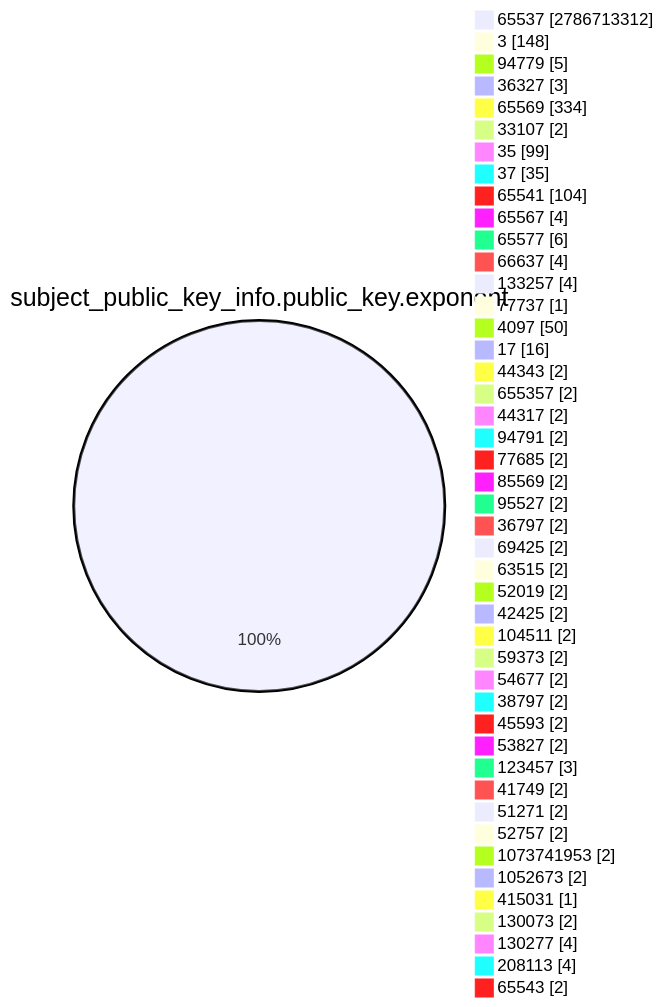
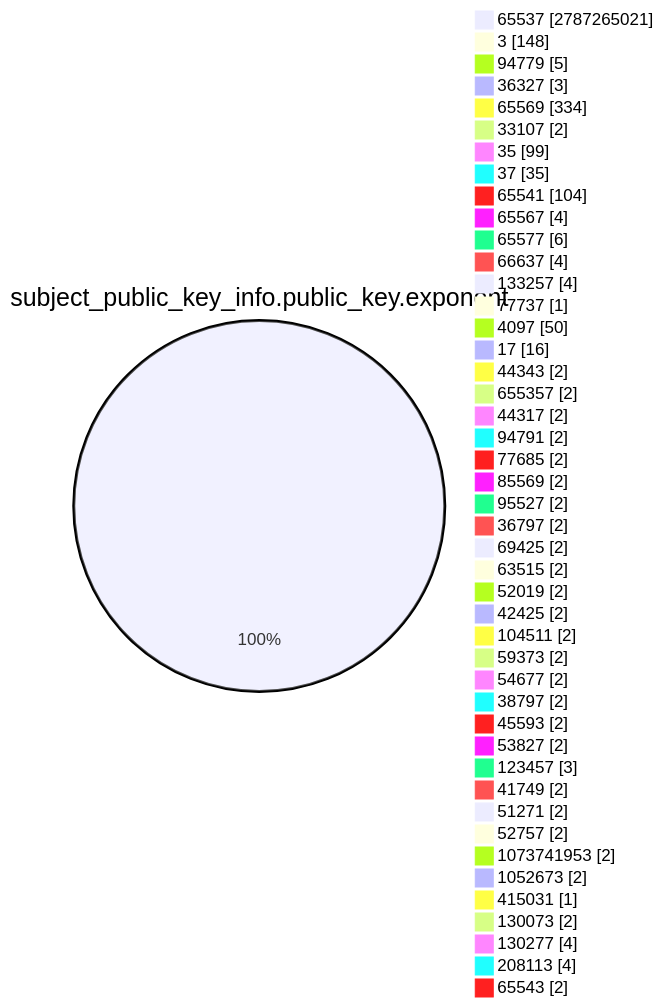
One commit to christiankrug/ctmonitor_visualization changed the fourth of 15 diagrams in TOTAL/README.md. Above: the diagram before and after it, drawn with Mermaid. The commit also changed other lines of this file, not shown here.

````diff
--- a/TOTAL/README.md
+++ b/TOTAL/README.md
@@ -1467,49 +1467,49 @@
 ```mermaid
 pie showData
 title subject_public_key_info.public_key.exponent
-"65537" :2786713312
+"65537" :2787265021
 "3" :148
 "94779" :5
 "36327" :3
 "65569" :334
 "33107" :2
 "35" :99
 "37" :35
 "65541" :104
 "65567" :4
 "65577" :6
 "66637" :4
 "133257" :4
 "77737" :1
 "4097" :50
 "17" :16
 "44343" :2
 "655357" :2
 "44317" :2
 "94791" :2
 "77685" :2
 "85569" :2
 "95527" :2
 "36797" :2
 "69425" :2
 "63515" :2
 "52019" :2
 "42425" :2
 "104511" :2
 "59373" :2
 "54677" :2
 "38797" :2
 "45593" :2
 "53827" :2
 "123457" :3
 "41749" :2
 "51271" :2
 "52757" :2
 "1073741953" :2
 "1052673" :2
 "415031" :1
 "130073" :2
 "130277" :4
 "208113" :4
 "65543" :2
 ```
````
